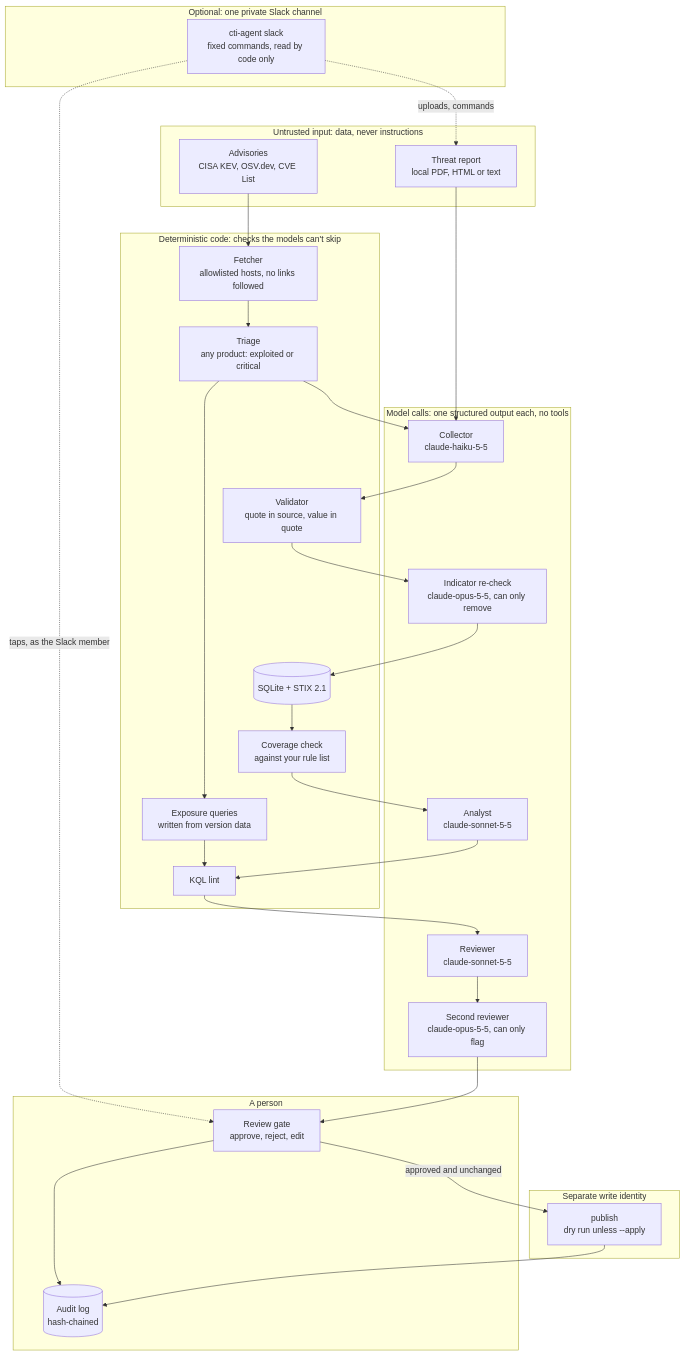
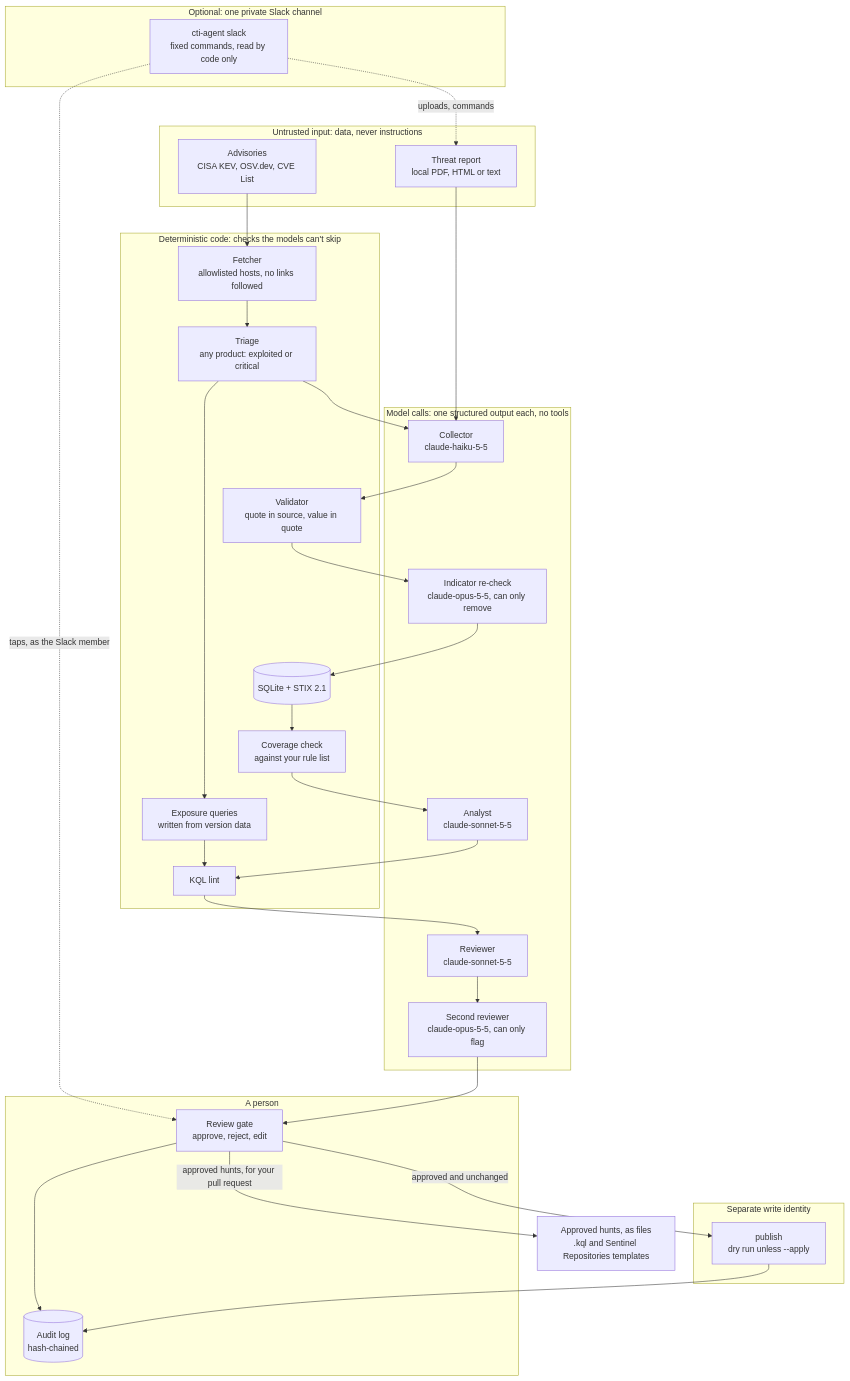
The diagram in README.md (H2oenter/cti-to-detection-agent), drawn with Mermaid before and after one commit. The commit also changed other lines of this file and 12 other files, not shown here.

First line of the commit message:
Write approved hunts as Sentinel Repositories templates

````diff
--- a/README.md
+++ b/README.md
@@ -22,43 +23,45 @@
 ```mermaid
 flowchart TB
     subgraph untrusted["Untrusted input: data, never instructions"]
         report["Threat report<br/>local PDF, HTML or text"]
         feeds["Advisories<br/>CISA KEV, OSV.dev, CVE List"]
     end
     subgraph models["Model calls: one structured output each, no tools"]
         collector["Collector<br/>claude-haiku-5-5"]
         recheck["Indicator re-check<br/>claude-opus-5-5, can only remove"]
         analyst["Analyst<br/>claude-sonnet-5-5"]
         reviewer["Reviewer<br/>claude-sonnet-5-5"]
         reviewer2["Second reviewer<br/>claude-opus-5-5, can only flag"]
     end
     subgraph checks["Deterministic code: checks the models can't skip"]
         fetcher["Fetcher<br/>allowlisted hosts, no links followed"]
         triage["Triage<br/>any product: exploited or critical"]
         validator["Validator<br/>quote in source, value in quote"]
         store[("SQLite + STIX 2.1")]
         coverage["Coverage check<br/>against your rule list"]
         exposure["Exposure queries<br/>written from version data"]
         lint["KQL lint"]
     end
     subgraph people["A person"]
         gate["Review gate<br/>approve, reject, edit"]
         auditlog[("Audit log<br/>hash-chained")]
     end
     subgraph writer["Separate write identity"]
         publish["publish<br/>dry run unless --apply"]
     end
+    hunts["Approved hunts, as files<br/>.kql and Sentinel Repositories templates"]
     subgraph remote["Optional: one private Slack channel"]
         slackbot["cti-agent slack<br/>fixed commands, read by code only"]
     end
     slackbot -. "uploads, commands" .-> report
     slackbot -. "taps, as the Slack member" .-> gate
     report --> collector --> validator --> recheck --> store --> coverage --> analyst
     feeds --> fetcher --> triage
     triage --> collector
     triage --> exposure --> lint
     analyst --> lint --> reviewer --> reviewer2 --> gate
     gate --> auditlog
     gate -- "approved and unchanged" --> publish
+    gate -- "approved hunts, for your pull request" --> hunts
     publish --> auditlog
 ```
````
